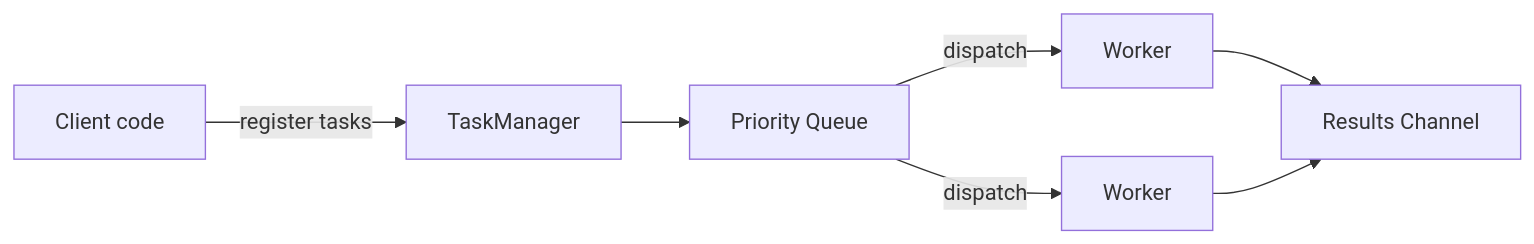
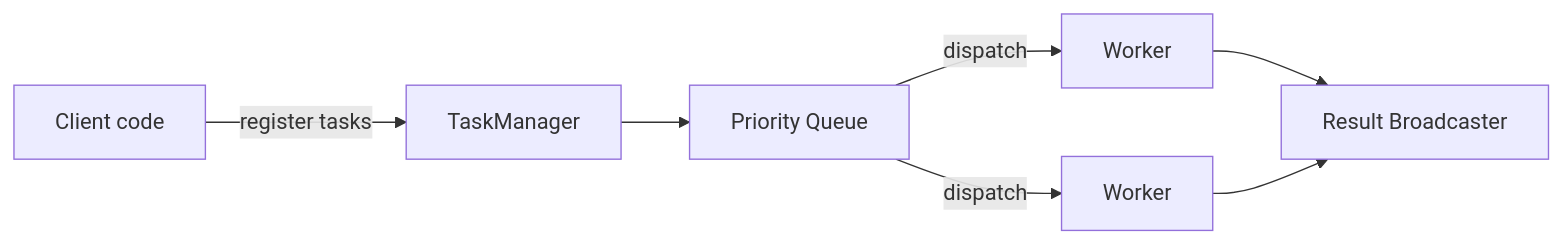
Before and after one commit to hyp3rd/go-worker: the diagram in README.md, drawn with Mermaid. The commit also changed other lines of this file and 16 other files, not shown here.

First line of the commit message:
feat(worker)!: result broadcasting, metrics, and gRPC streaming

````diff
--- a/README.md
+++ b/README.md
@@ -19,9 +26,9 @@
 ```mermaid
 flowchart LR
     Client[Client code] -->|register tasks| TaskManager
     TaskManager --> Queue[Priority Queue]
     Queue -->|dispatch| Worker1[Worker]
     Queue -->|dispatch| WorkerN[Worker]
-    Worker1 --> Results[Results Channel]
+    Worker1 --> Results[Result Broadcaster]
     WorkerN --> Results
 ```
````
